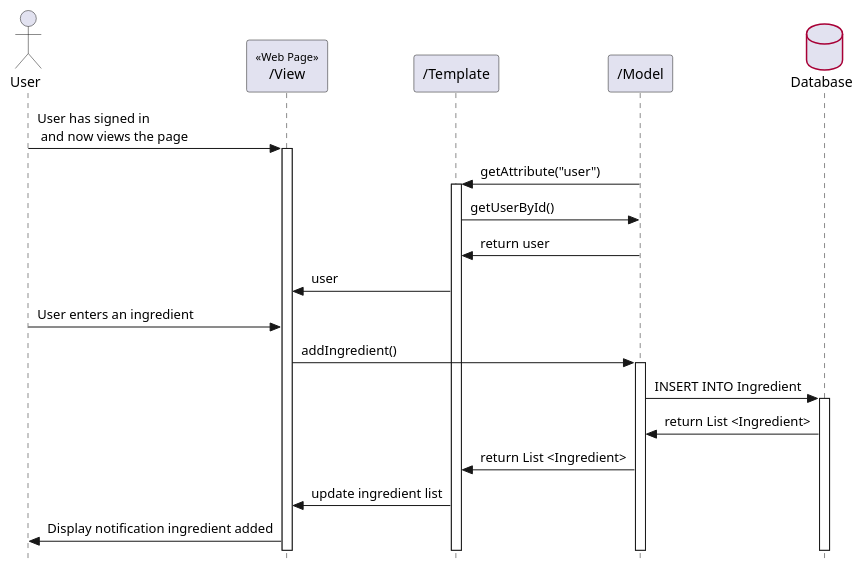
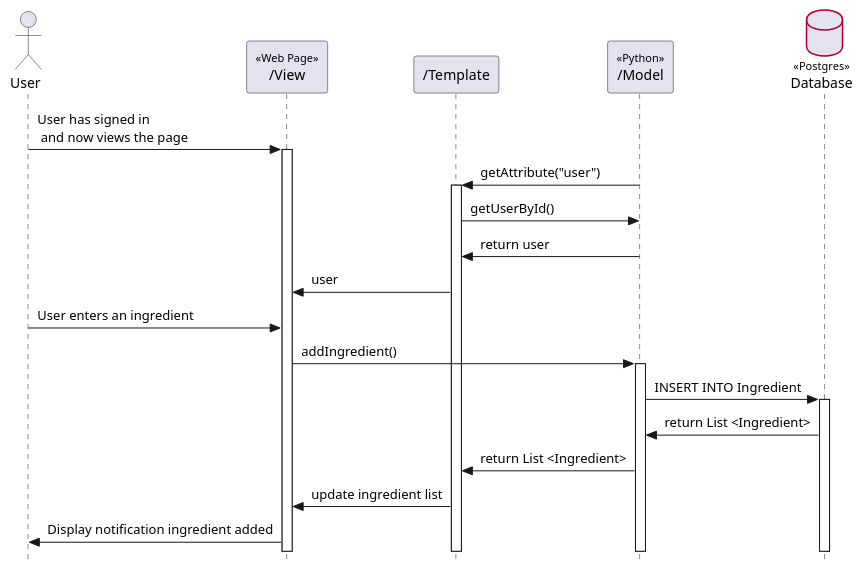
The diagram in Diagrams/UserAddsIngredient.puml (bluewolf44/PantryPal), drawn with PlantUML before and after one commit. The commit also changed 1 other file, not shown here.

```diff
--- a/Diagrams/UserAddsIngredient.puml
+++ b/Diagrams/UserAddsIngredient.puml
@@ -1,51 +1,51 @@
 @startuml customerViewsProductPage
 
 ' === Style Tweaks ===
 
 skinparam {
   Style StrictUML
   RoundCorner 5
   ParticipantPadding 10
   Padding 2
   SequenceStereotype {
     Font {
       Size 11
       Style plain
     }
   }
   Database {
 	BorderColor #A80036
   }
 }
 
 
 ' === Actors / Participants
 
 actor "User" as user
 participant "/View" as view << Web Page >>
 participant "/Template" as template
-participant "/Model" as model 
-database "Database" as db
+participant "/Model" as model << Python >>
+database "Database" as db <<Postgres>>
 
 
 ' === Interactions ===
 
 user -> view++ : User has signed in\n and now views the page
 
 model -> template++ : getAttribute("user")
 template -> model : getUserById()
 model -> template : return user
 template -> view : user
 
 
 user -> view : User enters an ingredient
 view -> model++ : addIngredient()
 model -> db++ : INSERT INTO Ingredient
 db -> model : return List <Ingredient>
 model -> template : return List <Ingredient>
 template -> view : update ingredient list
 
 view -> user : Display notification ingredient added
 
 
 @enduml
```
